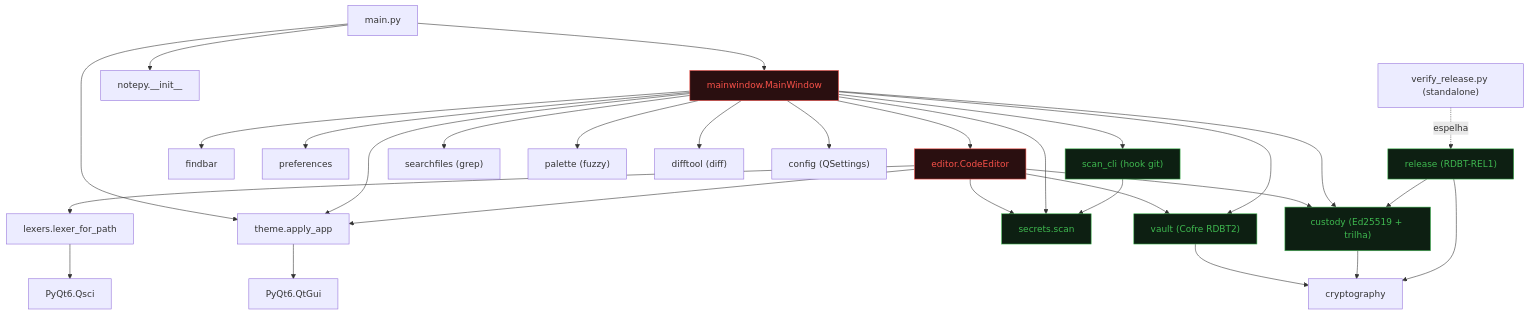
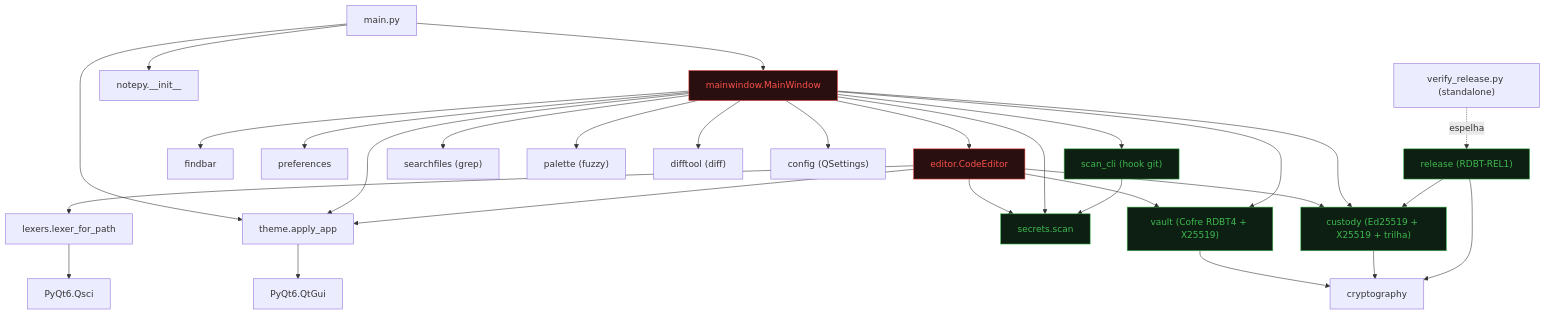
Before and after one commit to NatanPedro/Redoubt: the first of 2 diagrams in docs/ARCHITECTURE.md, drawn with Mermaid. The commit also changed other lines of this file and 10 other files, not shown here.

````diff
--- a/docs/ARCHITECTURE.md
+++ b/docs/ARCHITECTURE.md
@@ -123,42 +123,42 @@
 ```mermaid
 graph TD
     main["main.py"] --> mw["mainwindow.MainWindow"]
     main --> theme["theme.apply_app"]
     main --> init["notepy.__init__"]
 
     mw --> editor["editor.CodeEditor"]
     mw --> findbar["findbar"]
     mw --> prefs["preferences"]
     mw --> theme
 
     editor --> lexers["lexers.lexer_for_path"]
     editor --> theme
     editor --> secrets["secrets.scan"]
-    editor --> vault["vault (Cofre RDBT2)"]
-    editor --> custody["custody (Ed25519 + trilha)"]
+    editor --> vault["vault (Cofre RDBT4 + X25519)"]
+    editor --> custody["custody (Ed25519 + X25519 + trilha)"]
 
     mw --> secrets
     mw --> vault
     mw --> custody
     mw --> scancli["scan_cli (hook git)"]
     mw --> searchfiles["searchfiles (grep)"]
     mw --> palette["palette (fuzzy)"]
     mw --> difftool["difftool (diff)"]
     mw --> config["config (QSettings)"]
 
     scancli --> secrets
     release["release (RDBT-REL1)"] --> custody
     verify["verify_release.py (standalone)"] -. espelha .-> release
 
     vault --> crypto["cryptography"]
     custody --> crypto
     release --> crypto
 
     lexers --> qsci["PyQt6.Qsci"]
     theme --> qt["PyQt6.QtGui"]
 
     classDef sec fill:#2a0f10,stroke:#F85149,color:#F85149;
     classDef pure fill:#0d1f12,stroke:#3FB950,color:#3FB950;
     class secrets,vault,custody,release,scancli pure;
     class editor,mw sec;
 ```
````
